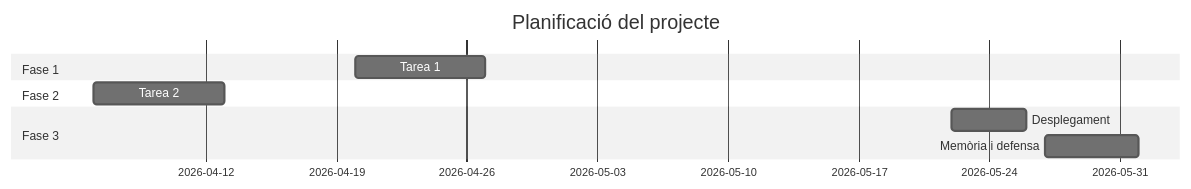
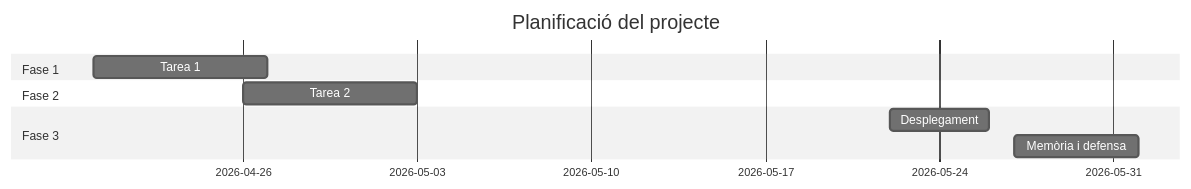
Before and after one commit to Yang07620/proyecto-final_empresa: the diagram in README.md, drawn with Mermaid (neutral theme).

````diff
--- a/README.md
+++ b/README.md
@@ -1,12 +1,12 @@
 ```mermaid
 gantt
   title Planificació del projecte
   dateFormat YYYY-MM-DD
   section Fase 1
   Tarea 1             :a1, 2026-04-20, 7d
   section Fase 2
-  Tarea 2             :b1, 2026-04-6, 7d
+  Tarea 2             :b1, 2026-04-26, 7d
   section Fase 3
   Desplegament        :c1, 2026-05-22, 4d
   Memòria i defensa   :c2, 2026-05-27, 5d
 ```
````
